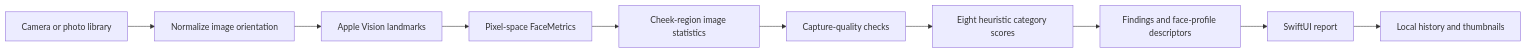
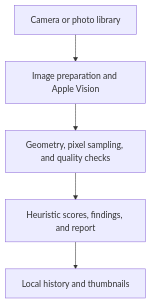
One commit to numann44/LookGrade changed the diagram in README.md. Above: the diagram before and after it, drawn with Mermaid.

Commit message:
Make the README pipeline diagram readable at normal width [skip ci]

````diff
--- a/README.md
+++ b/README.md
@@ -52,12 +52,7 @@
 ```mermaid
-flowchart LR
-    A[Camera or photo library] --> B[Normalize image orientation]
-    B --> C[Apple Vision landmarks]
-    C --> D[Pixel-space FaceMetrics]
-    D --> E[Cheek-region image statistics]
-    E --> F[Capture-quality checks]
-    F --> G[Eight heuristic category scores]
-    G --> H[Findings and face-profile descriptors]
-    H --> I[SwiftUI report]
-    I --> J[Local history and thumbnails]
+flowchart TD
+    A[Camera or photo library] --> B[Image preparation and Apple Vision]
+    B --> C[Geometry, pixel sampling, and quality checks]
+    C --> D[Heuristic scores, findings, and report]
+    D --> E[Local history and thumbnails]
 ```
````
